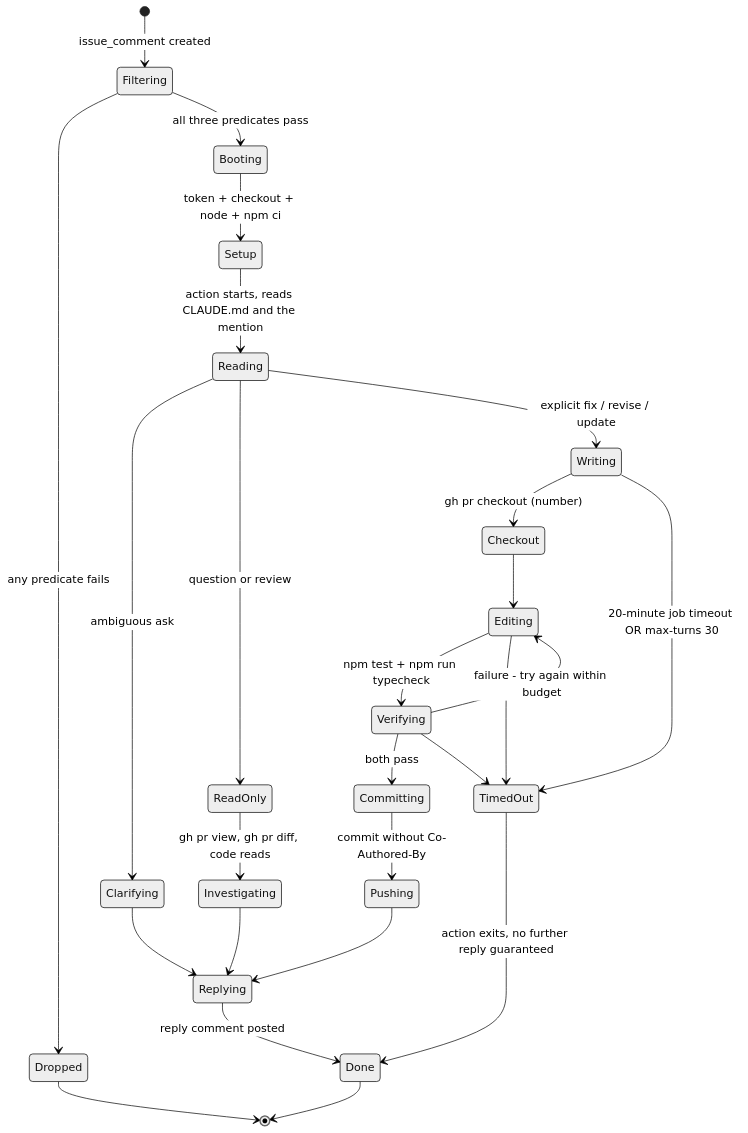
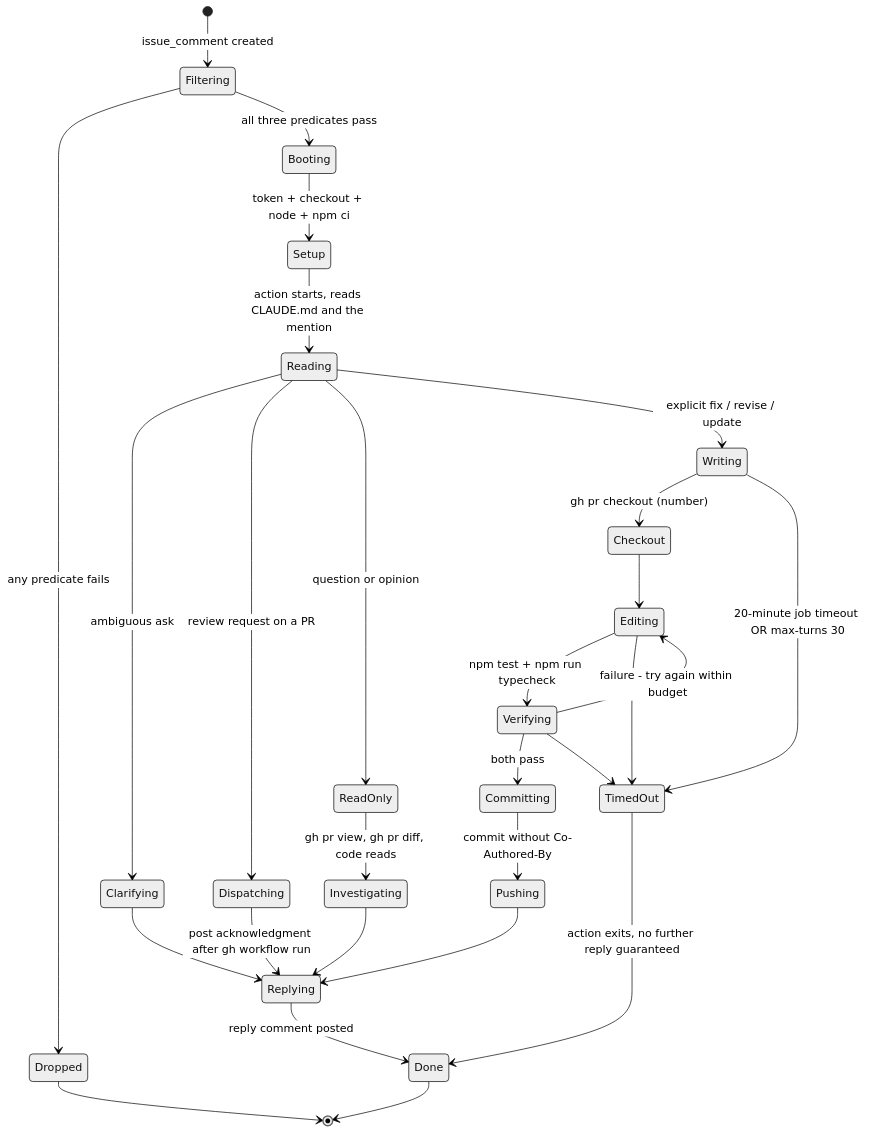
Diagram 11 of 13 in .github/docs/BOT_RESPOND_DEEP_DIVE.md (gregreindel/llm-exe), drawn with Mermaid (neutral theme) before and after one commit. The commit also changed other lines of this file and 4 other files, not shown here.

First line of the commit message:
docs: sync deep dives after agent-review-pr and bot-respond changes

````diff
--- a/.github/docs/BOT_RESPOND_DEEP_DIVE.md
+++ b/.github/docs/BOT_RESPOND_DEEP_DIVE.md
@@ -459,28 +479,30 @@
 ```mermaid
 stateDiagram-v2
     [*] --> Filtering: issue_comment created
     Filtering --> Dropped: any predicate fails
     Filtering --> Booting: all three predicates pass
     Booting --> Setup: token + checkout + node + npm ci
     Setup --> Reading: action starts, reads CLAUDE.md and the mention
     Reading --> Clarifying: ambiguous ask
-    Reading --> ReadOnly: question or review
+    Reading --> Dispatching: review request on a PR
+    Reading --> ReadOnly: question or opinion
     Reading --> Writing: explicit fix / revise / update
+    Dispatching --> Replying: post acknowledgment after gh workflow run
     Clarifying --> Replying
     ReadOnly --> Investigating: gh pr view, gh pr diff, code reads
     Investigating --> Replying
     Writing --> Checkout: gh pr checkout (number)
     Checkout --> Editing
     Editing --> Verifying: npm test + npm run typecheck
     Verifying --> Editing: failure - try again within budget
     Verifying --> Committing: both pass
     Committing --> Pushing: commit without Co-Authored-By
     Pushing --> Replying
     Replying --> Done: reply comment posted
     Writing --> TimedOut: 20-minute job timeout OR max-turns 30
     Editing --> TimedOut
     Verifying --> TimedOut
     TimedOut --> Done: action exits, no further reply guaranteed
     Dropped --> [*]
     Done --> [*]
 ```
````
